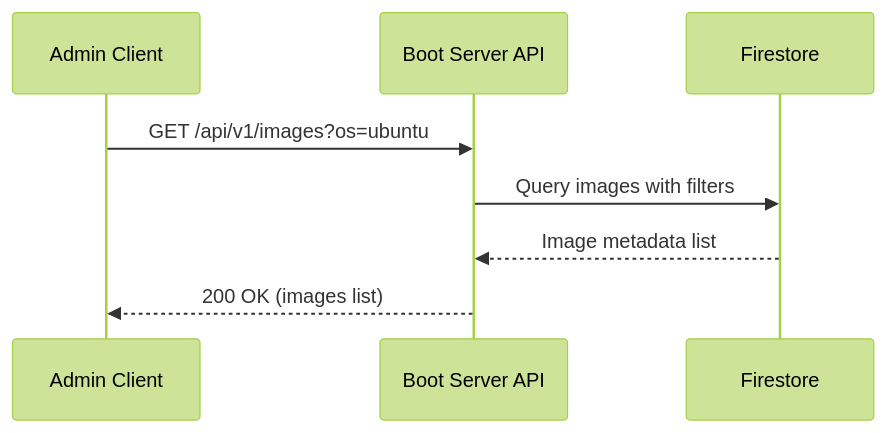
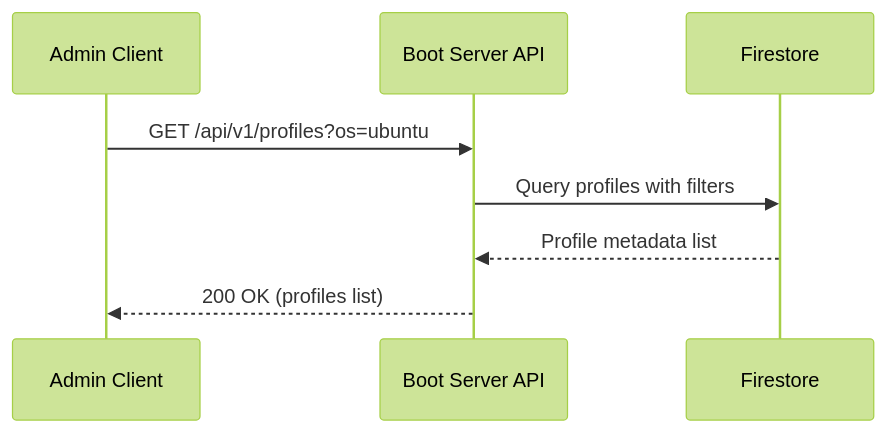
Before and after one commit to Zaba505/infra: the second of 12 diagrams in docs/content/r&d/services/boot/admin-api.md, drawn with Mermaid (forest theme). The commit also changed other lines of this file, not shown here.

Commit message:
docs(issue-605): simplify admin api

````diff
--- a/docs/content/r&d/services/boot/admin-api.md
+++ b/docs/content/r&d/services/boot/admin-api.md
@@ -129,11 +129,11 @@
 ```mermaid
 sequenceDiagram
     participant Client as Admin Client
     participant API as Boot Server API
     participant DB as Firestore
     
-    Client->>API: GET /api/v1/images?os=ubuntu
-    API->>DB: Query images with filters
-    DB-->>API: Image metadata list
-    API-->>Client: 200 OK (images list)
+    Client->>API: GET /api/v1/profiles?os=ubuntu
+    API->>DB: Query profiles with filters
+    DB-->>API: Profile metadata list
+    API-->>Client: 200 OK (profiles list)
 ```
````
